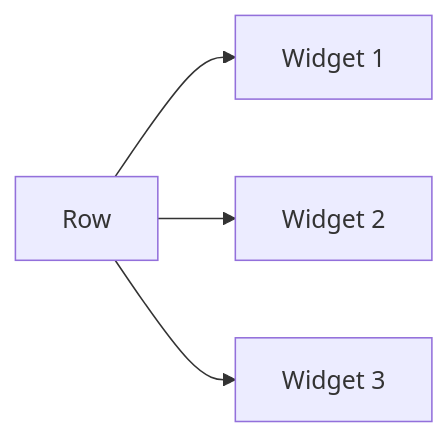
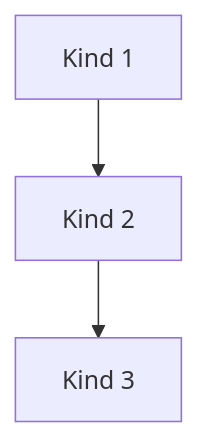
The second of 2 diagrams in 03-row-column/VISUAL.md (Real-Dau/Flutter-lernen), drawn with Mermaid before and after one commit. The commit also changed other lines of this file and 15 other files, not shown here.

````diff
--- a/03-row-column/VISUAL.md
+++ b/03-row-column/VISUAL.md
@@ -35,6 +37,5 @@
 ```mermaid
-flowchart LR
-    A[Row] --> B[Widget 1]
-    A --> C[Widget 2]
-    A --> D[Widget 3]
+flowchart TD
+    A[Kind 1] --> B[Kind 2]
+    B --> C[Kind 3]
 ```
````
